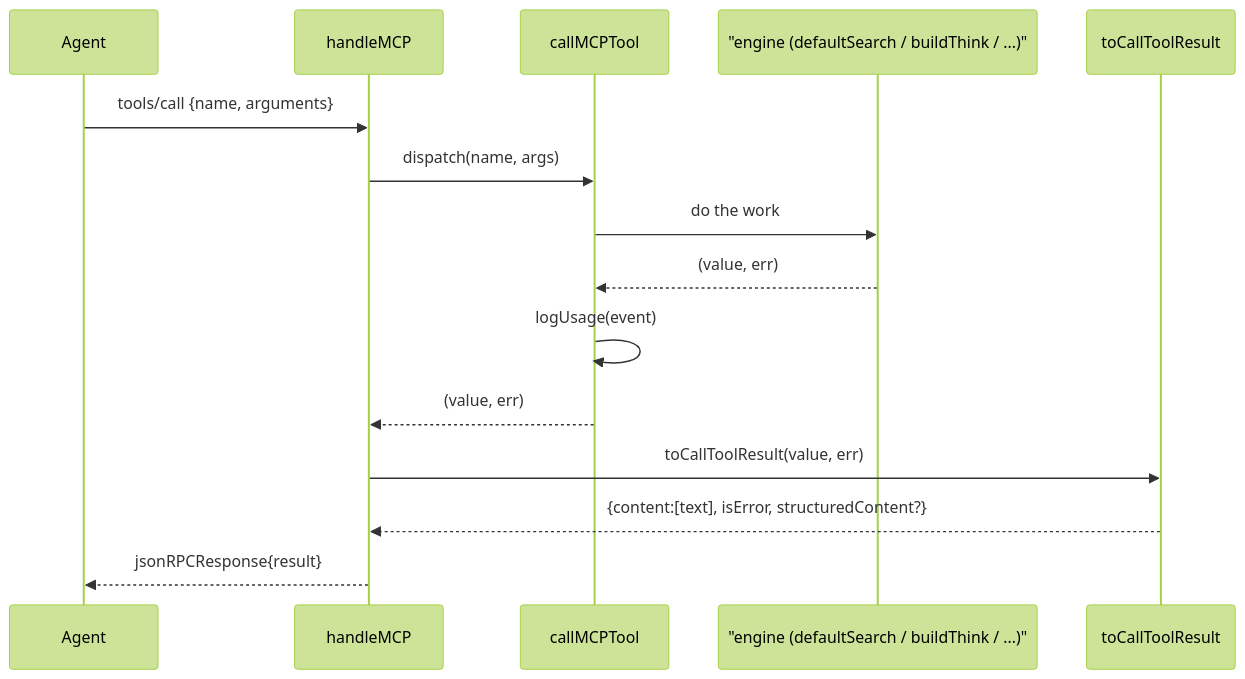
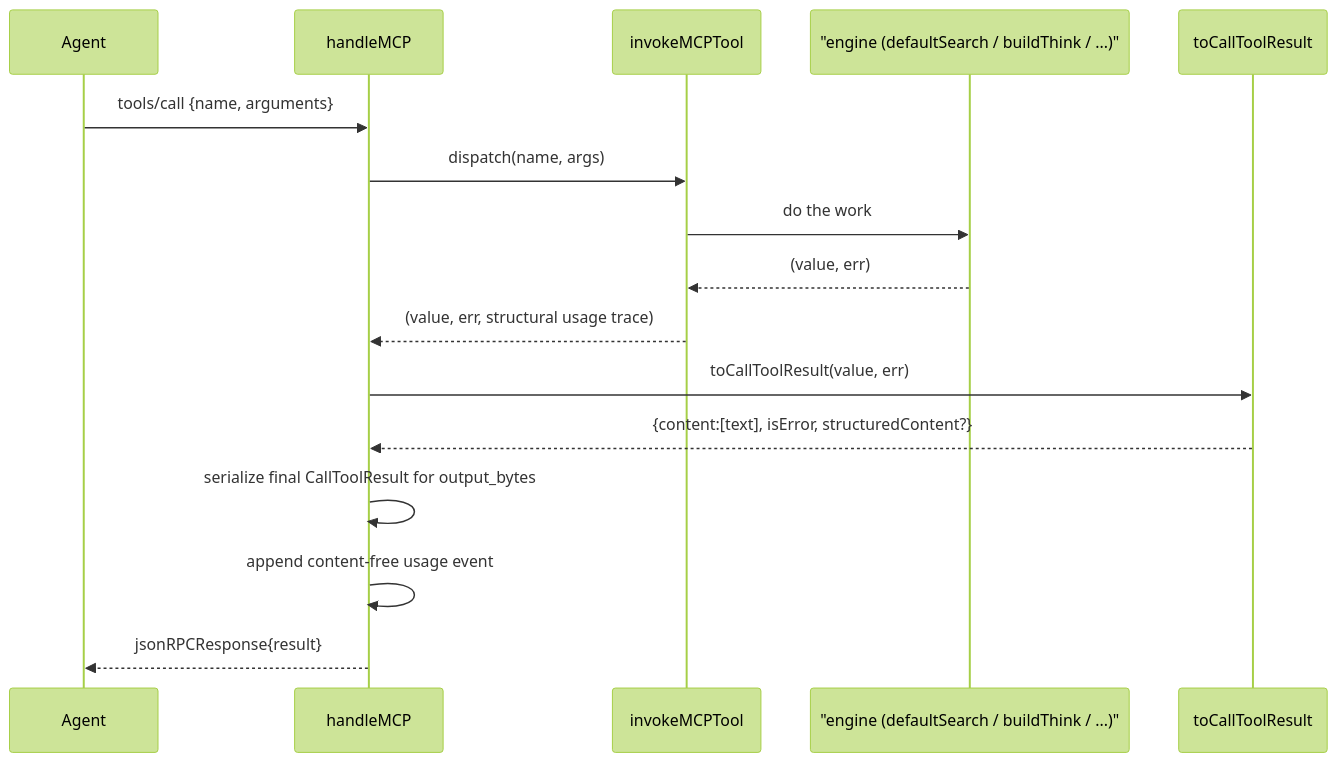
One commit to pyranthus-hq/mora changed the third of 3 diagrams in docs/architecture/06-mcp-server.md. Above: the diagram before and after it, drawn with Mermaid (forest theme). The commit also changed other lines of this file and 6 other files, not shown here.

Commit message:
feat(mcp): measure content-free retrieval usage (#245)

````diff
--- a/docs/architecture/06-mcp-server.md
+++ b/docs/architecture/06-mcp-server.md
@@ -147,17 +147,18 @@
 ```mermaid
 sequenceDiagram
   participant Agent
   participant handleMCP
-  participant callMCPTool
+  participant invokeMCPTool
   participant Engine as "engine (defaultSearch / buildThink / ...)"
   participant Env as toCallToolResult
   Agent->>handleMCP: tools/call {name, arguments}
-  handleMCP->>callMCPTool: dispatch(name, args)
-  callMCPTool->>Engine: do the work
-  Engine-->>callMCPTool: (value, err)
-  callMCPTool->>callMCPTool: logUsage(event)
-  callMCPTool-->>handleMCP: (value, err)
+  handleMCP->>invokeMCPTool: dispatch(name, args)
+  invokeMCPTool->>Engine: do the work
+  Engine-->>invokeMCPTool: (value, err)
+  invokeMCPTool-->>handleMCP: (value, err, structural usage trace)
   handleMCP->>Env: toCallToolResult(value, err)
   Env-->>handleMCP: {content:[text], isError, structuredContent?}
+  handleMCP->>handleMCP: serialize final CallToolResult for output_bytes
+  handleMCP->>handleMCP: append content-free usage event
   handleMCP-->>Agent: jsonRPCResponse{result}
 ```
````
